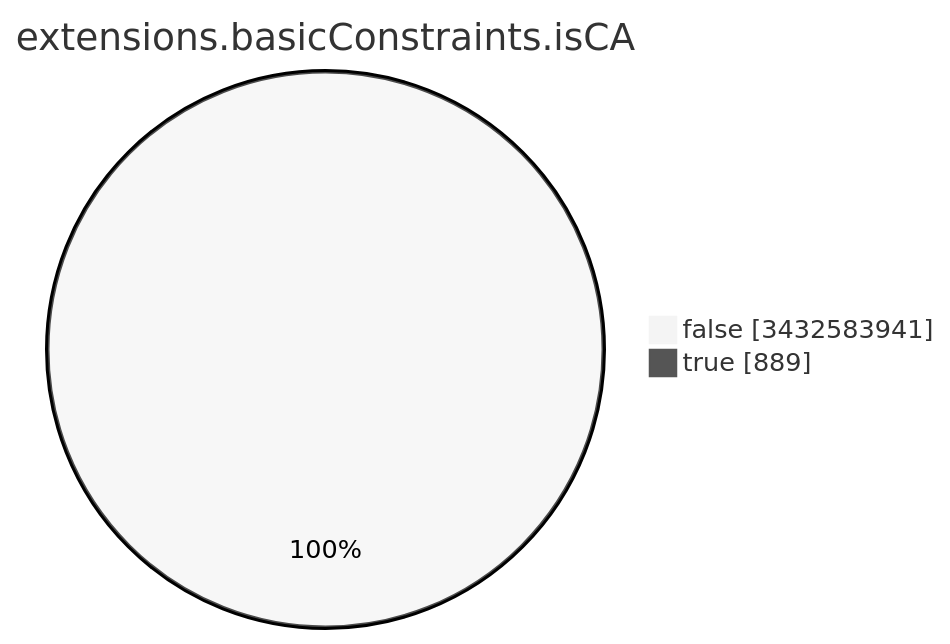
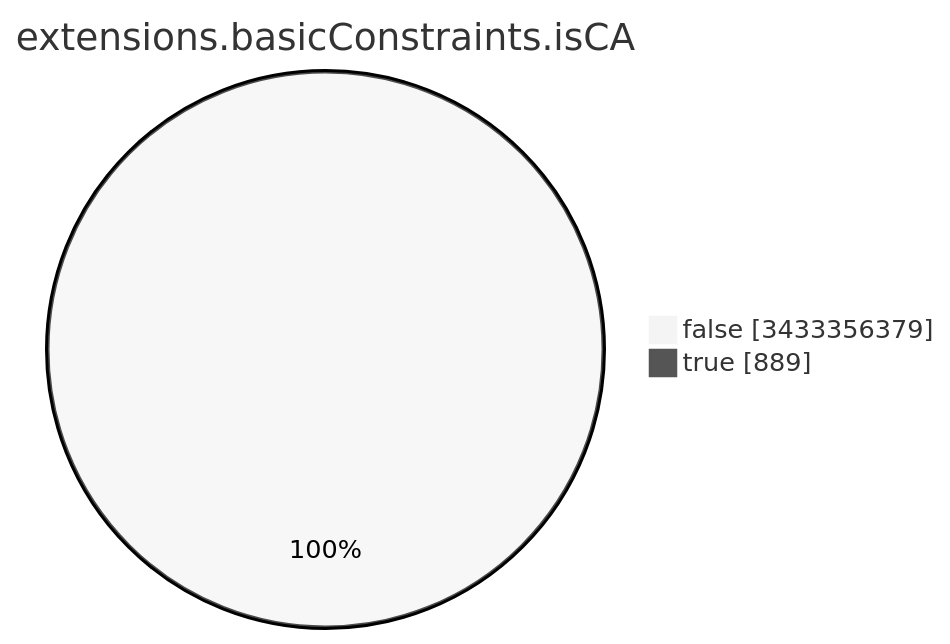
The seventh of 15 diagrams in TOTAL/README.md (christiankrug/ctmonitor_visualization), drawn with Mermaid (neutral theme) before and after one commit. The commit also changed other lines of this file, not shown here.

````diff
--- a/TOTAL/README.md
+++ b/TOTAL/README.md
@@ -3092,6 +3092,6 @@
 ```mermaid
 pie showData
 title extensions.basicConstraints.isCA
-"false" :3432583941
+"false" :3433356379
 "true" :889
 ```
````
